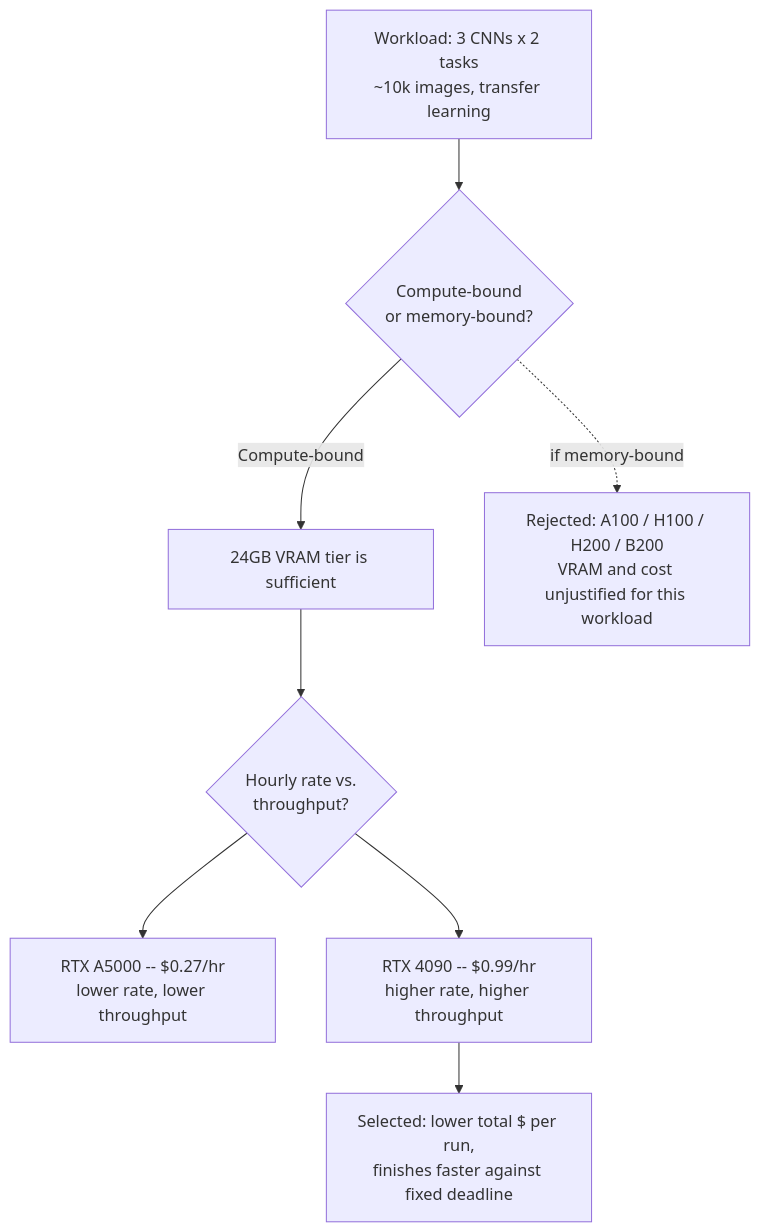
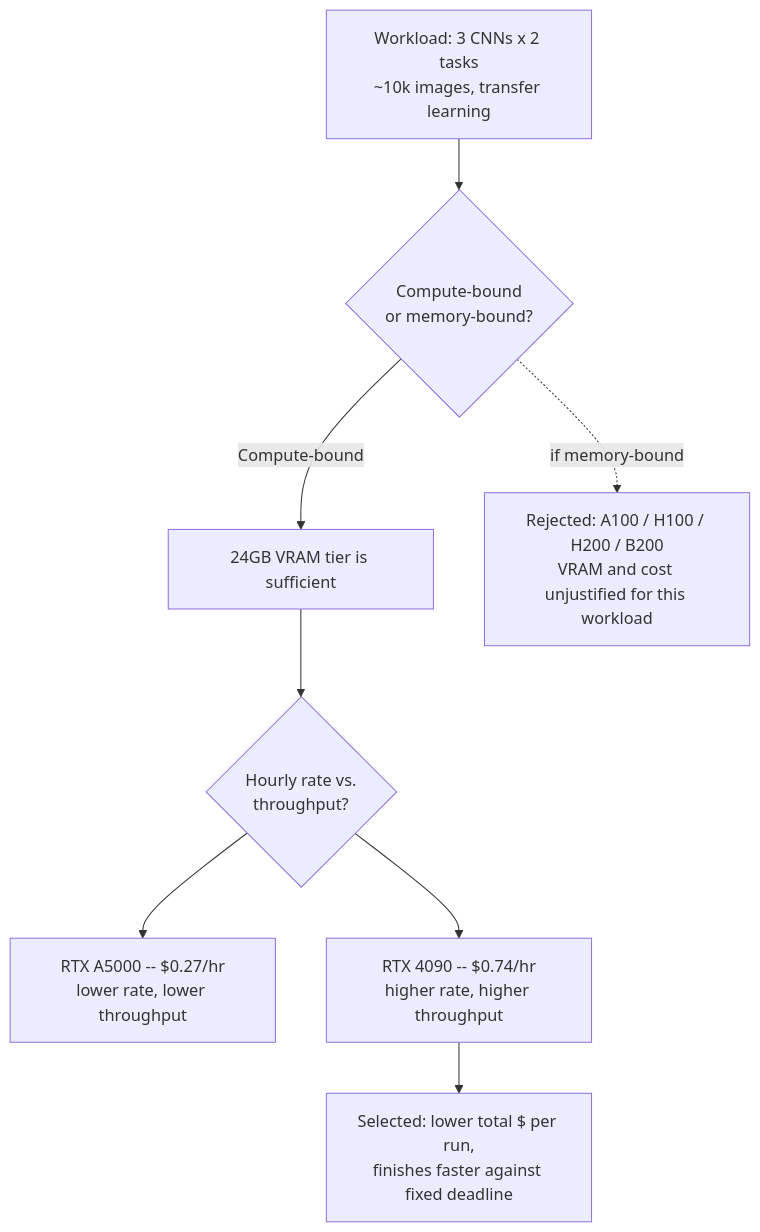
Before and after one commit to Sparkle199/skin-lesion-cnn-explainability: the diagram in docs/pipeline/00-infrastructure.md, drawn with Mermaid. The commit also changed other lines of this file, not shown here.

Commit message:
Fix RTX 4090 price (was mis-transcribed as RTX 5090's rate)
$0.74/hr is the actual RTX 4090 rate; $0.99/hr belongs to the RTX 5090, not
the 4090. Corrects the decision diagram and cost estimate in
docs/pipeline/00-infrastructure.md accordingly.

````diff
--- a/docs/pipeline/00-infrastructure.md
+++ b/docs/pipeline/00-infrastructure.md
@@ -31,10 +31,10 @@
 ```mermaid
 flowchart TD
     A["Workload: 3 CNNs x 2 tasks<br/>~10k images, transfer learning"] --> B{"Compute-bound<br/>or memory-bound?"}
     B -->|Compute-bound| C["24GB VRAM tier is sufficient"]
     B -.->|"if memory-bound"| D["Rejected: A100 / H100 / H200 / B200<br/>VRAM and cost unjustified for this workload"]
     C --> E{"Hourly rate vs.<br/>throughput?"}
     E --> F["RTX A5000 -- $0.27/hr<br/>lower rate, lower throughput"]
-    E --> G["RTX 4090 -- $0.99/hr<br/>higher rate, higher throughput"]
+    E --> G["RTX 4090 -- $0.74/hr<br/>higher rate, higher throughput"]
     G --> H["Selected: lower total $ per run,<br/>finishes faster against fixed deadline"]
 ```
````
